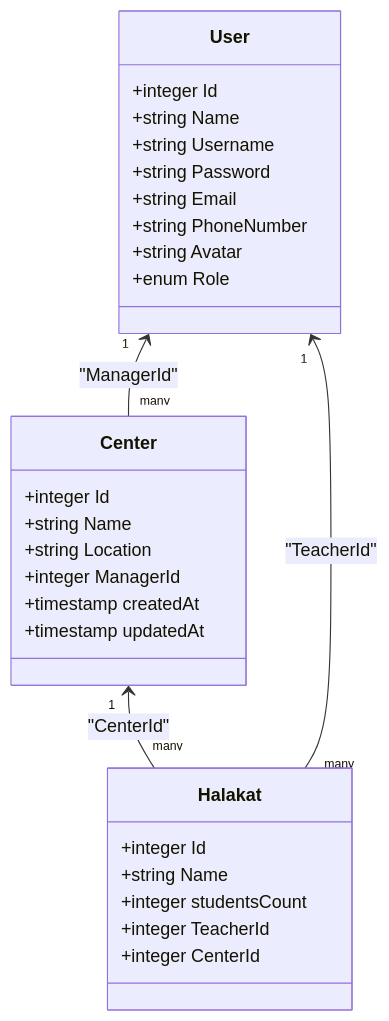
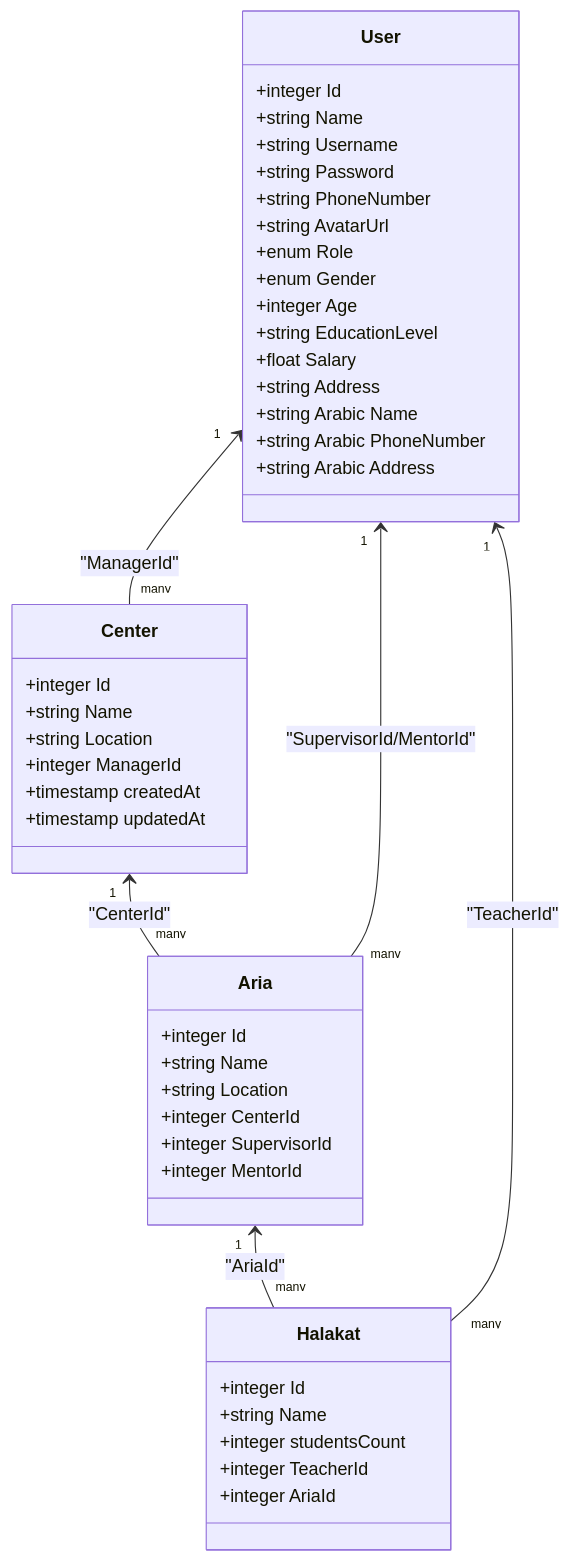
Before and after one commit to Mreng78/khirocom_project: the second of 6 diagrams in .qoder/repowiki/en/content/Database Design/Center Model.md, drawn with Mermaid. The commit also changed other lines of this file and 13 other files, not shown here.

````diff
--- a/.qoder/repowiki/en/content/Database Design/Center Model.md
+++ b/.qoder/repowiki/en/content/Database Design/Center Model.md
@@ -120,31 +152,48 @@
 ```mermaid
 classDiagram
 class User {
 +integer Id
 +string Name
 +string Username
 +string Password
-+string Email
 +string PhoneNumber
-+string Avatar
++string AvatarUrl
 +enum Role
++enum Gender
++integer Age
++string EducationLevel
++float Salary
++string Address
++string Arabic Name
++string Arabic PhoneNumber
++string Arabic Address
 }
 class Center {
 +integer Id
 +string Name
 +string Location
 +integer ManagerId
 +timestamp createdAt
 +timestamp updatedAt
 }
+class Aria {
++integer Id
++string Name
++string Location
++integer CenterId
++integer SupervisorId
++integer MentorId
+}
 class Halakat {
 +integer Id
 +string Name
 +integer studentsCount
 +integer TeacherId
-+integer CenterId
++integer AriaId
 }
 User "1" <-- "many" Center : "ManagerId"
-Center "1" <-- "many" Halakat : "CenterId"
+Center "1" <-- "many" Aria : "CenterId"
+Aria "1" <-- "many" Halakat : "AriaId"
+User "1" <-- "many" Aria : "SupervisorId/MentorId"
 User "1" <-- "many" Halakat : "TeacherId"
 ```
````
